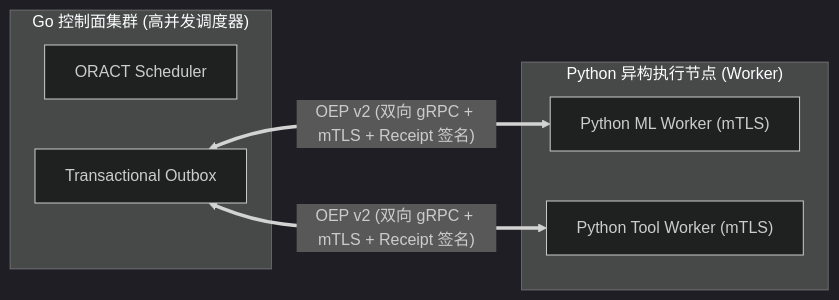
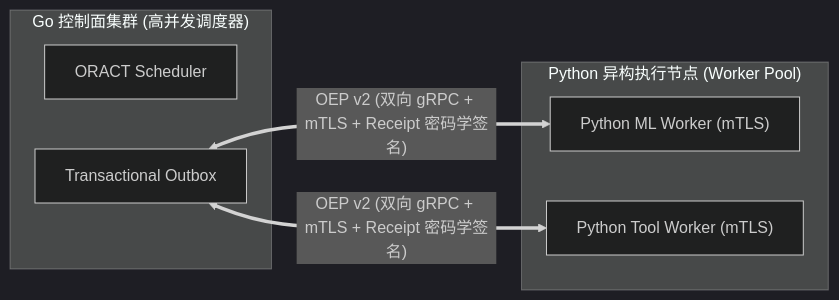
One commit to MoreConsequence/MoreConsequence.github.io changed the third of 3 diagrams in content/posts/oract-05-distributed-lease-and-fencing.md. Above: the diagram before and after it, drawn with Mermaid (dark theme). The commit also changed other lines of this file and 11 other files, not shown here.

````diff
--- a/content/posts/oract-05-distributed-lease-and-fencing.md
+++ b/content/posts/oract-05-distributed-lease-and-fencing.md
@@ -119,15 +127,15 @@
 ```mermaid
 flowchart LR
     subgraph GoControlPlane["Go 控制面集群 (高并发调度器)"]
         Scheduler["ORACT Scheduler"]
         Outbox["Transactional Outbox"]
     end
 
-    subgraph PythonWorkerPool["Python 异构执行节点 (Worker)"]
+    subgraph PythonWorkerPool["Python 异构执行节点 (Worker Pool)"]
         PyWorker1["Python ML Worker (mTLS)"]
         PyWorker2["Python Tool Worker (mTLS)"]
     end
 
-    Outbox <== "OEP v2 (双向 gRPC + mTLS + Receipt 签名)" ==> PyWorker1
-    Outbox <== "OEP v2 (双向 gRPC + mTLS + Receipt 签名)" ==> PyWorker2
+    Outbox <== "OEP v2 (双向 gRPC + mTLS + Receipt 密码学签名)" ==> PyWorker1
+    Outbox <== "OEP v2 (双向 gRPC + mTLS + Receipt 密码学签名)" ==> PyWorker2
 ```
````
